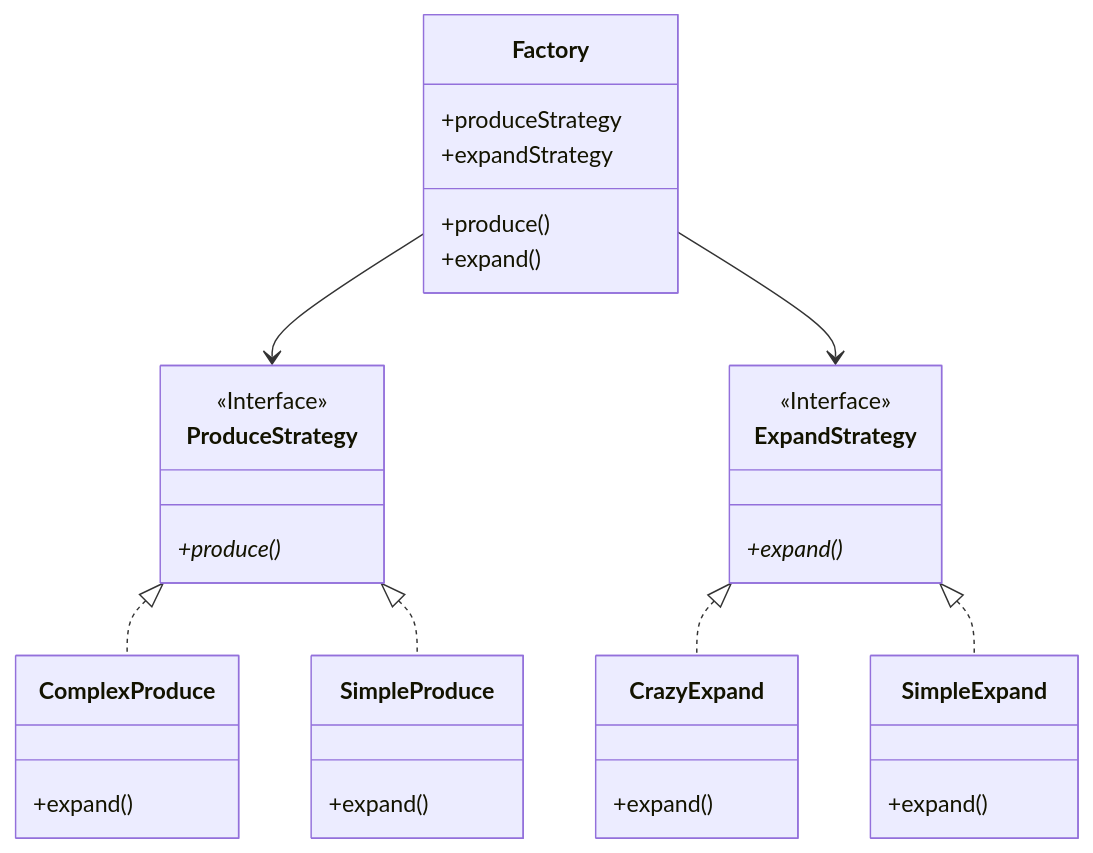
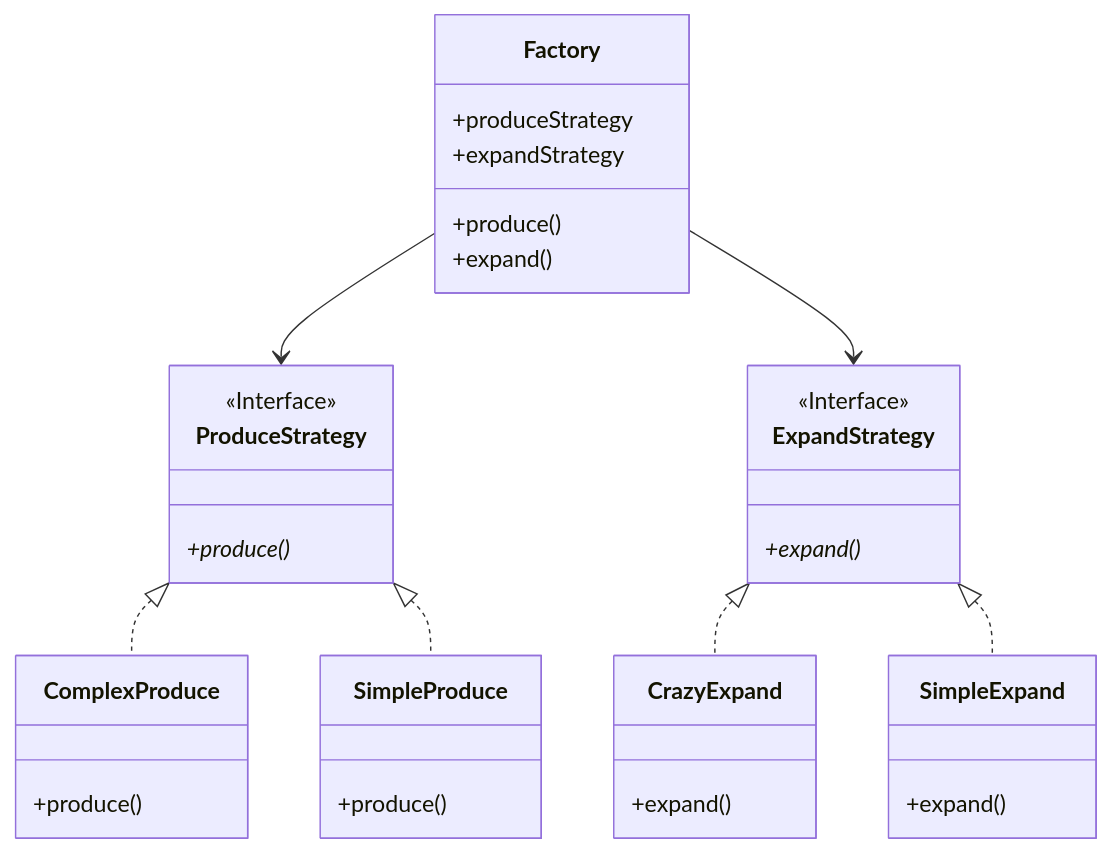
Before and after one commit to bingyangchen/KM-software: the second of 2 diagrams in Programming Language/Design Pattern/Strategy.md, drawn with Mermaid. The commit also changed 31 other files, not shown here.

````diff
--- a/Programming Language/Design Pattern/Strategy.md
+++ b/Programming Language/Design Pattern/Strategy.md
@@ -42,35 +42,35 @@
 ```mermaid
 classDiagram
     class Factory {
         +produceStrategy
         +expandStrategy
         +produce()
         +expand()
     }
     class ProduceStrategy {
         <<Interface>>
         +produce()*
     }
     class ExpandStrategy {
         <<Interface>>
         +expand()*
     }
     Factory --> ProduceStrategy
     Factory --> ExpandStrategy
     class CrazyExpand {
         +expand()
     }
     class SimpleExpand {
         +expand()
     }
     ExpandStrategy <|.. CrazyExpand
     ExpandStrategy <|.. SimpleExpand
     class ComplexProduce {
-        +expand()
+        +produce()
     }
     class SimpleProduce {
-        +expand()
+        +produce()
     }
     ProduceStrategy <|.. ComplexProduce
     ProduceStrategy <|.. SimpleProduce
 ```
````
